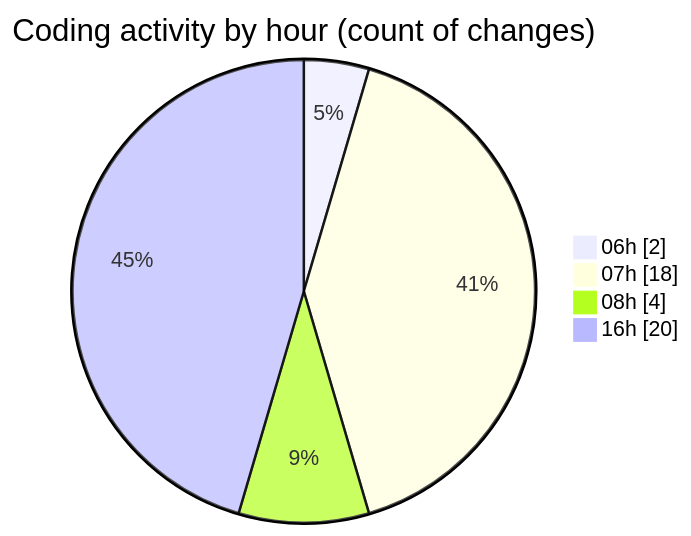
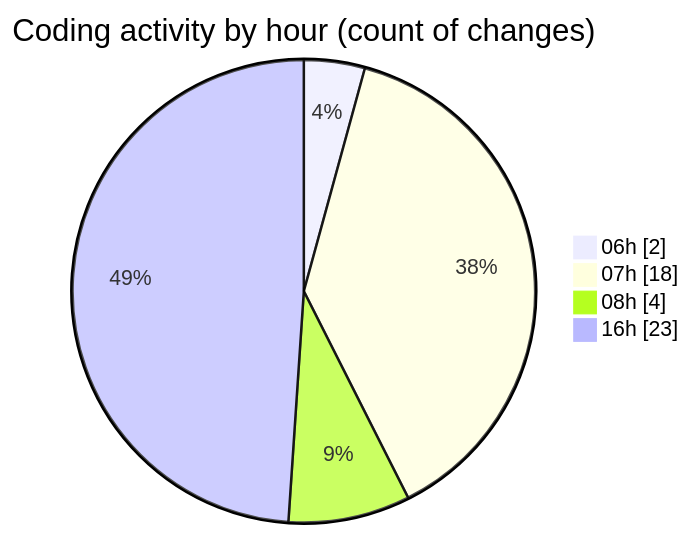
The second of 2 diagrams in 2025-01-27/termonied-web/README.md (robertbonfada/code-tracking), drawn with Mermaid before and after one commit. The commit also changed other lines of this file and 1 other file, not shown here.

````diff
--- a/2025-01-27/termonied-web/README.md
+++ b/2025-01-27/termonied-web/README.md
@@ -34,8 +35,8 @@
 ```mermaid
 pie showData
 title Coding activity by hour (count of changes)
 "06h" : 2
 "07h" : 18
 "08h" : 4
-"16h" : 20
+"16h" : 23
 ```
````
